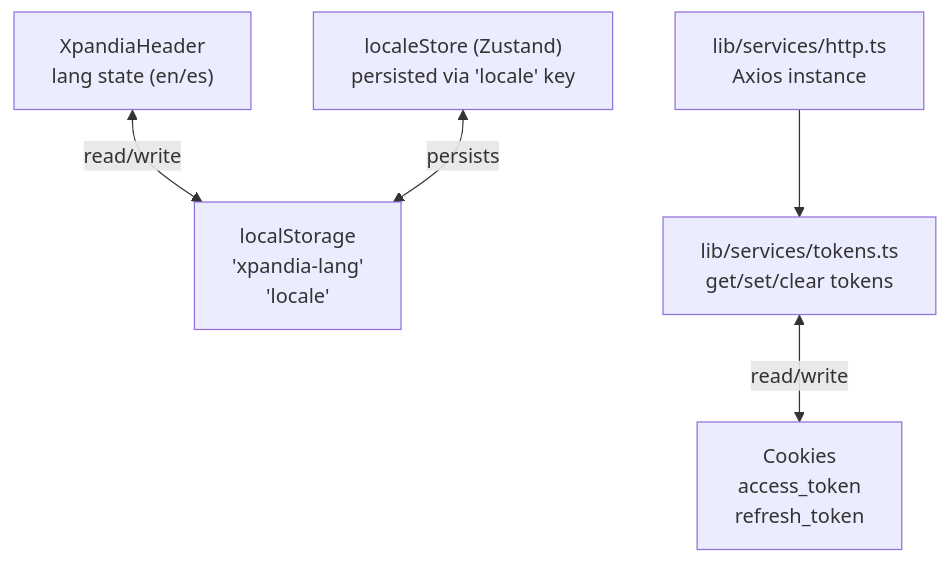
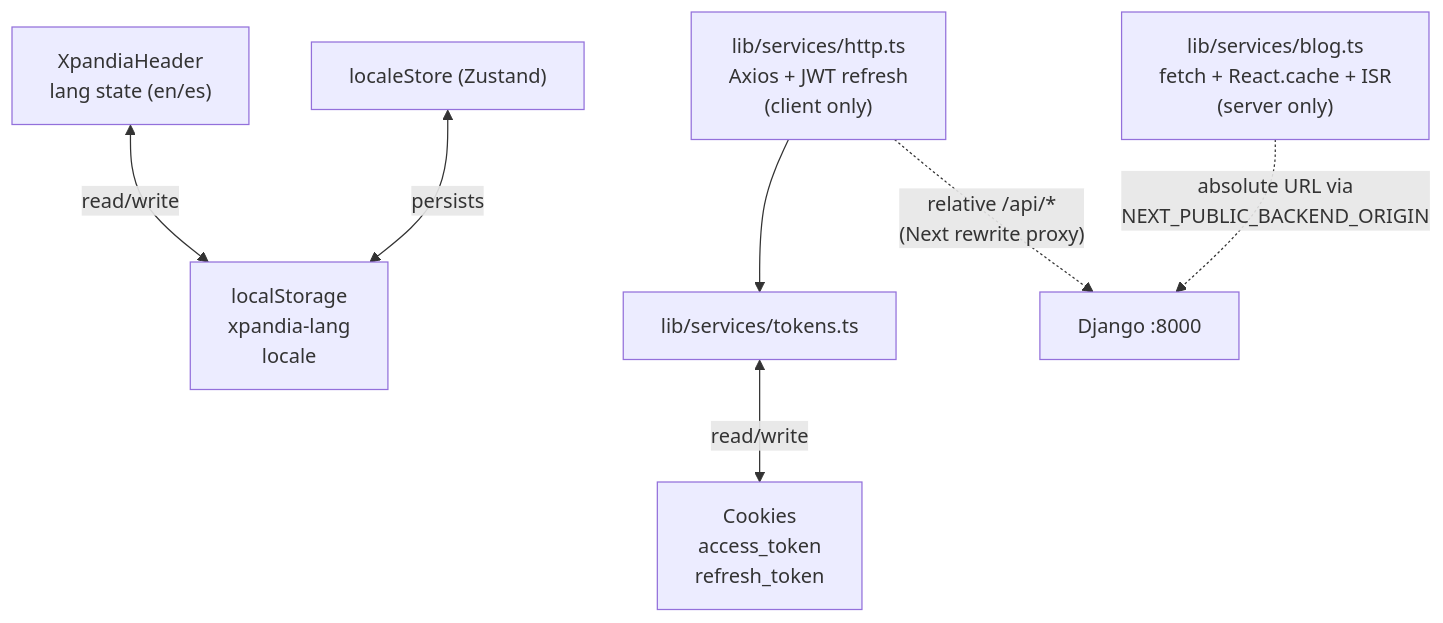
The sixth of 8 diagrams in docs/methodology/architecture.md (gustavop-dev/xpandia_project), drawn with Mermaid before and after one commit. The commit also changed other lines of this file and 53 other files, not shown here.

Commit message:
FEAT: add blog module with Django backend, Next.js pages, bilingual support and E2E tests

````diff
--- a/docs/methodology/architecture.md
+++ b/docs/methodology/architecture.md
@@ -159,15 +229,18 @@
 ```mermaid
 graph TD
-    LS["localStorage\n'xpandia-lang'\n'locale'"]
+    LS["localStorage\nxpandia-lang\nlocale"]
     Cookies["Cookies\naccess_token\nrefresh_token"]
 
     LangPref["XpandiaHeader\nlang state (en/es)"]
-    LocaleStore["localeStore (Zustand)\npersisted via 'locale' key"]
-    Axios["lib/services/http.ts\nAxios instance"]
-    TokenSvc["lib/services/tokens.ts\nget/set/clear tokens"]
+    LocaleStore["localeStore (Zustand)"]
+    Axios["lib/services/http.ts\nAxios + JWT refresh\n(client only)"]
+    TokenSvc["lib/services/tokens.ts"]
+    BlogSvc["lib/services/blog.ts\nfetch + React.cache + ISR\n(server only)"]
 
     LangPref <-->|read/write| LS
     LocaleStore <-->|persists| LS
     Axios --> TokenSvc
     TokenSvc <-->|read/write| Cookies
+    BlogSvc -.->|"absolute URL via\nNEXT_PUBLIC_BACKEND_ORIGIN"| Django["Django :8000"]
+    Axios -.->|"relative /api/*\n(Next rewrite proxy)"| Django
 ```
````
